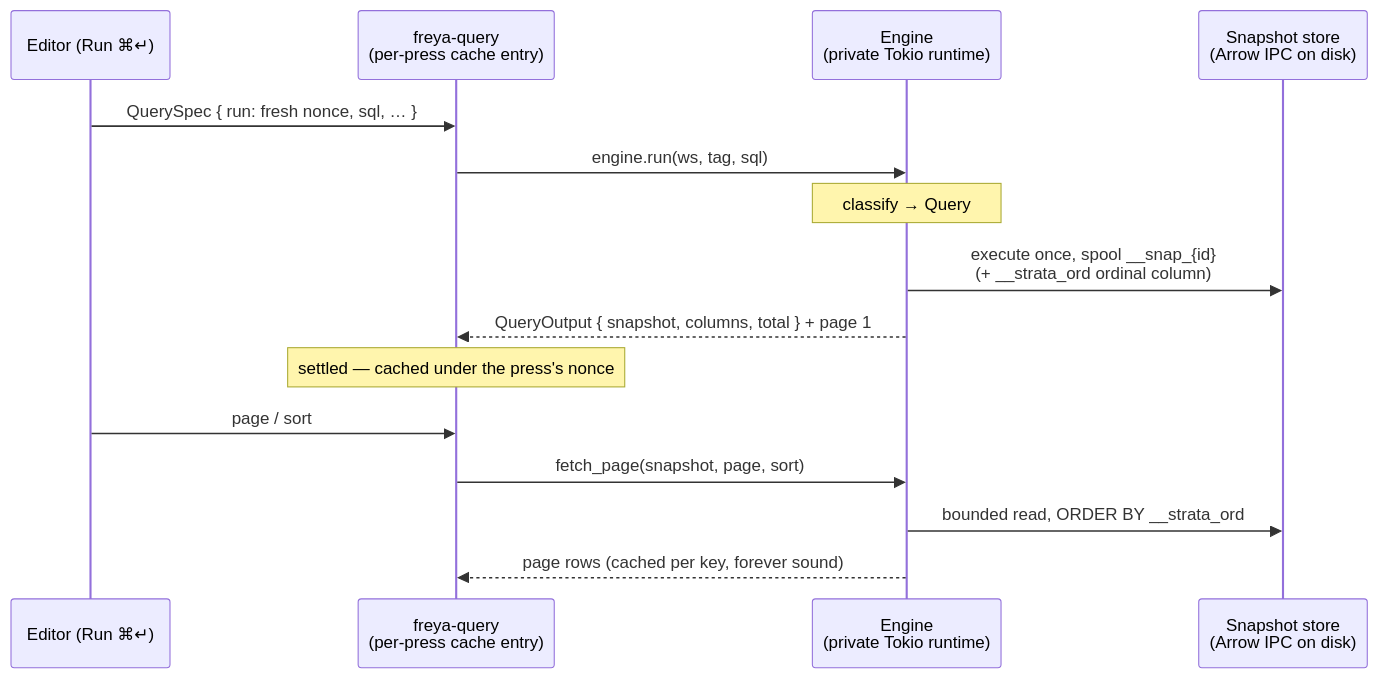
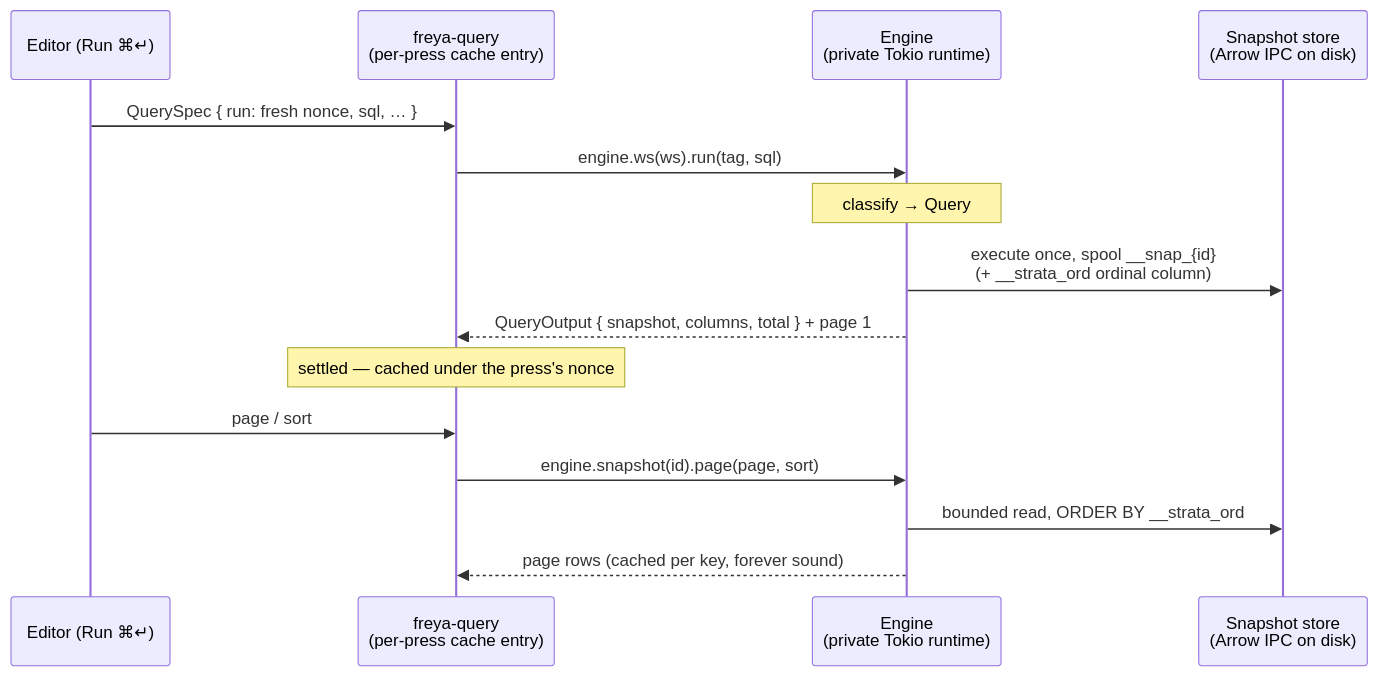
Before and after one commit to alexparlett/strata: the first of 2 diagrams in docs/ARCHITECTURE.md, drawn with Mermaid. The commit also changed other lines of this file and 98 other files, not shown here.

````diff
--- a/docs/ARCHITECTURE.md
+++ b/docs/ARCHITECTURE.md
@@ -79,19 +79,19 @@
 ```mermaid
 sequenceDiagram
     participant U as Editor (Run ⌘↵)
     participant Q as freya-query<br/>(per-press cache entry)
     participant E as Engine<br/>(private Tokio runtime)
     participant S as Snapshot store<br/>(Arrow IPC on disk)
 
     U->>Q: QuerySpec { run: fresh nonce, sql, … }
-    Q->>E: engine.run(ws, tag, sql)
+    Q->>E: engine.ws(ws).run(tag, sql)
     Note over E: classify → Query
     E->>S: execute once, spool __snap_{id}<br/>(+ __strata_ord ordinal column)
     E-->>Q: QueryOutput { snapshot, columns, total } + page 1
     Note over Q: settled — cached under the press's nonce
 
     U->>Q: page / sort
-    Q->>E: fetch_page(snapshot, page, sort)
+    Q->>E: engine.snapshot(id).page(page, sort)
     E->>S: bounded read, ORDER BY __strata_ord
     E-->>Q: page rows (cached per key, forever sound)
 ```
````
